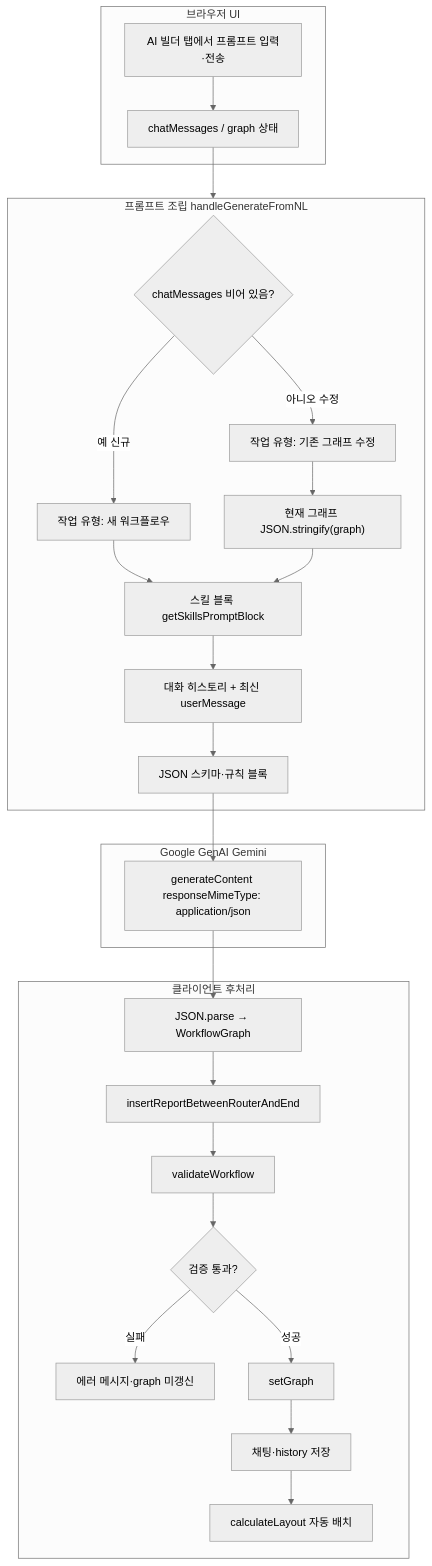
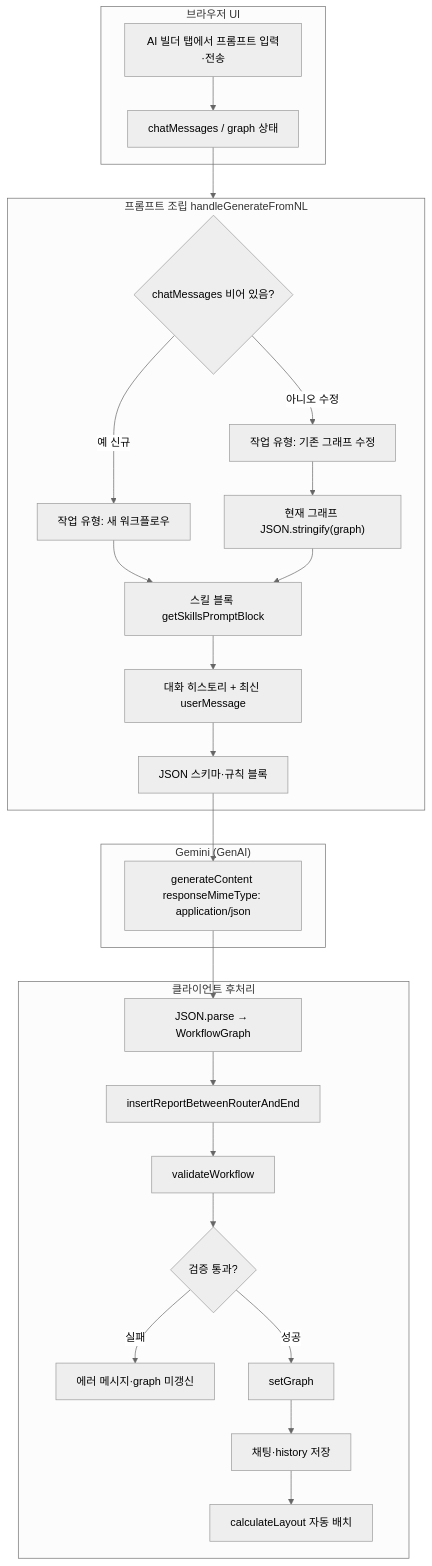
Before and after one commit to minsoo-vi/agentflow: the first of 4 diagrams in dev_docs/natural-language-workflow/00-flow-diagram.md, drawn with Mermaid (neutral theme). The commit also changed 3 other files, not shown here.

````diff
--- a/dev_docs/natural-language-workflow/00-flow-diagram.md
+++ b/dev_docs/natural-language-workflow/00-flow-diagram.md
@@ -11,39 +11,39 @@
 ```mermaid
 flowchart TB
   subgraph UI["브라우저 UI"]
     A[AI 빌더 탭에서 프롬프트 입력·전송]
     B[chatMessages / graph 상태]
   end
 
   subgraph Build["프롬프트 조립 handleGenerateFromNL"]
     C{chatMessages 비어 있음?}
     C -->|예 신규| D[작업 유형: 새 워크플로우]
     C -->|아니오 수정| E[작업 유형: 기존 그래프 수정]
     E --> F["현재 그래프 JSON.stringify(graph)"]
     D --> G[스킬 블록 getSkillsPromptBlock]
     F --> G
     G --> H[대화 히스토리 + 최신 userMessage]
     H --> I[JSON 스키마·규칙 블록]
   end
 
-  subgraph Gemini["Google GenAI Gemini"]
+  subgraph Gemini["Gemini (GenAI)"]
     J["generateContent responseMimeType: application/json"]
   end
 
   subgraph Post["클라이언트 후처리"]
     K[JSON.parse → WorkflowGraph]
     L[insertReportBetweenRouterAndEnd]
     M[validateWorkflow]
     N{검증 통과?}
     N -->|실패| O[에러 메시지·graph 미갱신]
     N -->|성공| P[setGraph]
     P --> Q[채팅·history 저장]
     Q --> R[calculateLayout 자동 배치]
   end
 
   A --> B
   B --> Build
   I --> J
   J --> K
   K --> L --> M --> N
 ```
````
